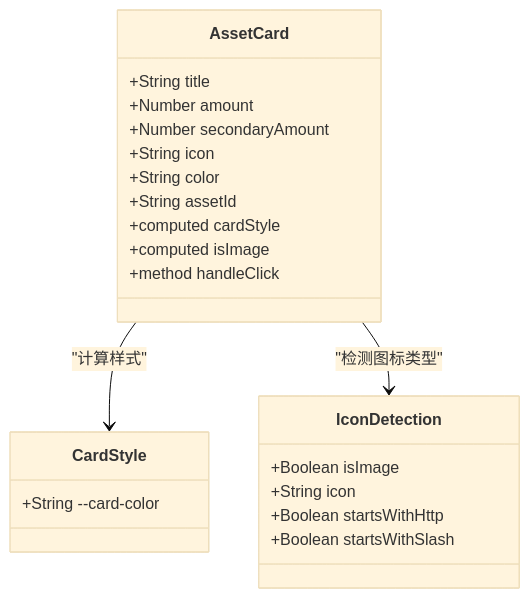
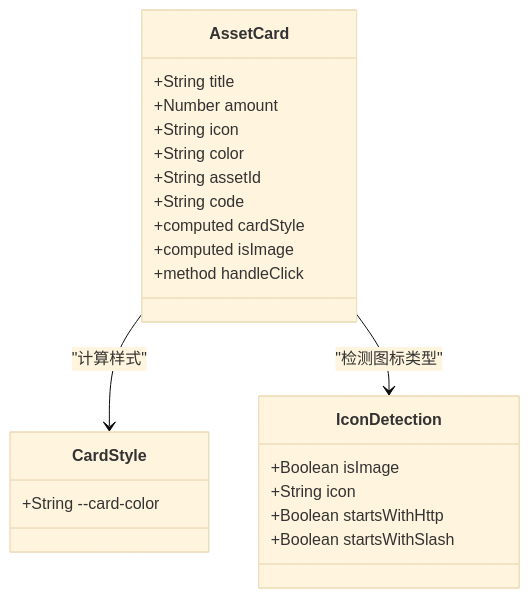
One commit to xiao-lin-unit/yuan changed the sixth of 17 diagrams in .qoder/repowiki/zh/content/资产管理/资产总览.md. Above: the diagram before and after it, drawn with Mermaid (base theme). The commit also changed other lines of this file and 14 other files, not shown here.

````diff
--- a/.qoder/repowiki/zh/content/资产管理/资产总览.md
+++ b/.qoder/repowiki/zh/content/资产管理/资产总览.md
@@ -281,25 +254,25 @@
 ```mermaid
 classDiagram
 class AssetCard {
 +String title
 +Number amount
-+Number secondaryAmount
 +String icon
 +String color
 +String assetId
++String code
 +computed cardStyle
 +computed isImage
 +method handleClick
 }
 class CardStyle {
 +String --card-color
 }
 class IconDetection {
 +Boolean isImage
 +String icon
 +Boolean startsWithHttp
 +Boolean startsWithSlash
 }
 AssetCard --> CardStyle : "计算样式"
 AssetCard --> IconDetection : "检测图标类型"
 ```
````
